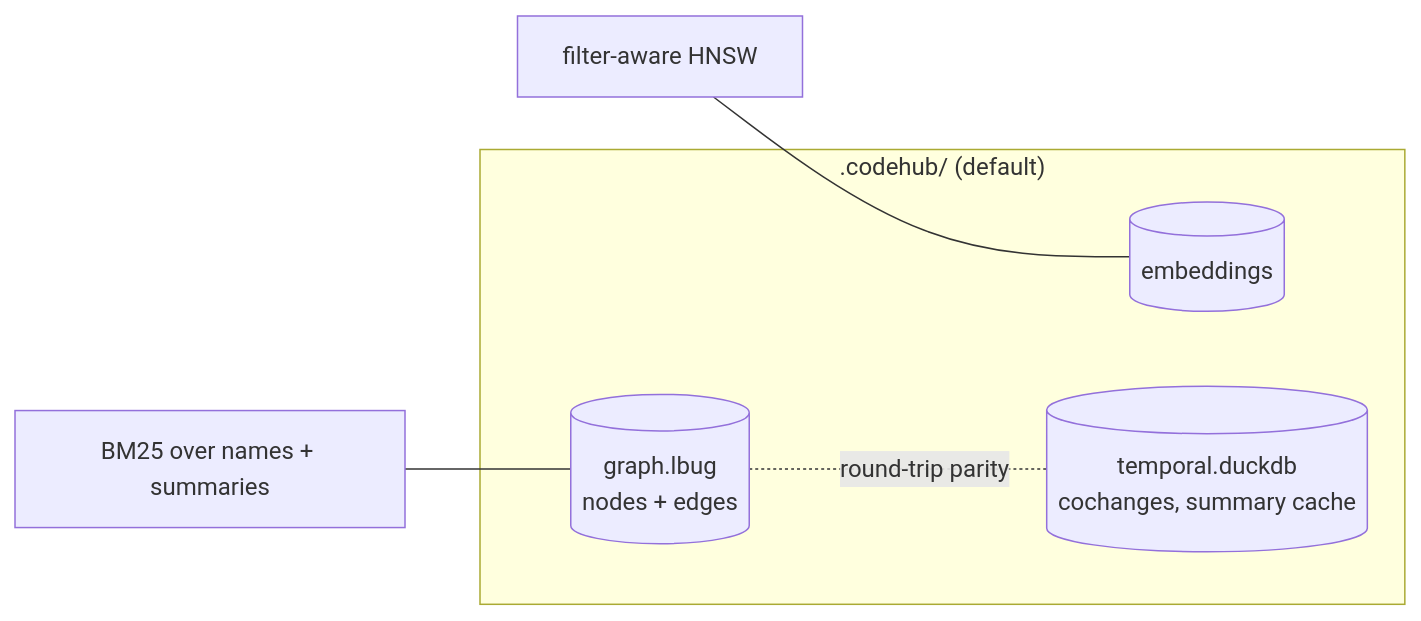
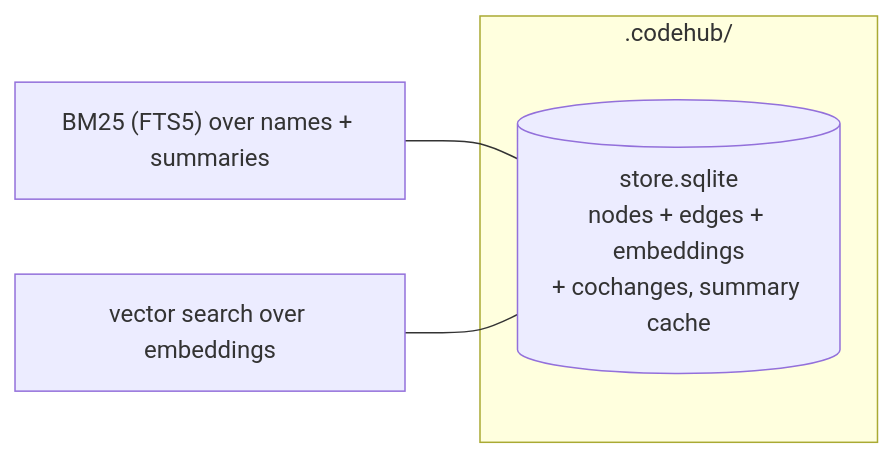
One commit to theagenticguy/opencodehub changed the second of 2 diagrams in packages/docs/src/content/docs/architecture/overview.md. Above: the diagram before and after it, drawn with Mermaid. The commit also changed other lines of this file and 202 other files, not shown here.

````diff
--- a/packages/docs/src/content/docs/architecture/overview.md
+++ b/packages/docs/src/content/docs/architecture/overview.md
@@ -42,11 +44,8 @@
 ```mermaid
 flowchart LR
-  subgraph lbug[".codehub/ (default)"]
-    nodes[(graph.lbug<br/>nodes + edges)]
-    embed[(embeddings)]
-    temporal[(temporal.duckdb<br/>cochanges, summary cache)]
+  subgraph store[".codehub/"]
+    db[(store.sqlite<br/>nodes + edges + embeddings<br/>+ cochanges, summary cache)]
   end
-  fts["BM25 over names + summaries"] --- nodes
-  hnsw["filter-aware HNSW"] --- embed
-  nodes -. round-trip parity .- temporal
+  fts["BM25 (FTS5) over names + summaries"] --- db
+  vec["vector search over embeddings"] --- db
 ```
````
